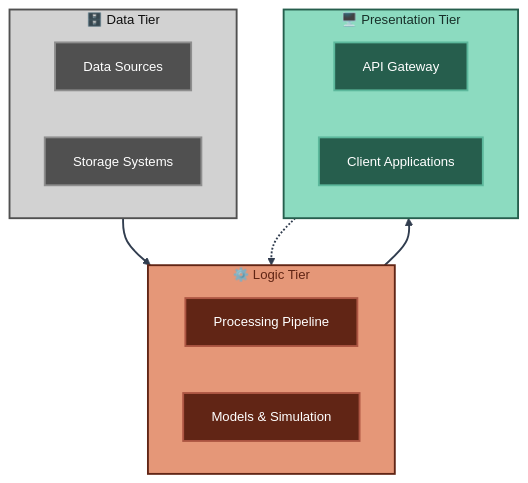
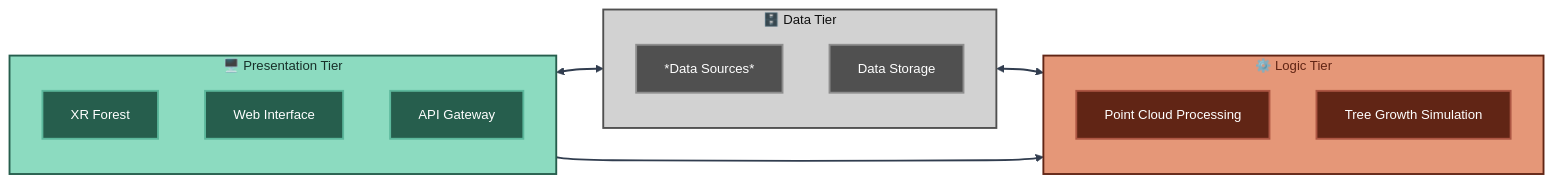
Before and after one commit to XRFutureForests/digital-twin-db: the first of 4 diagrams in docs/architecture/architecture.md, drawn with Mermaid. The commit also changed other lines of this file, not shown here.

Commit message:
simplifies architecture

````diff
--- a/docs/architecture/architecture.md
+++ b/docs/architecture/architecture.md
@@ -9,49 +5,50 @@
 ```mermaid
 %%{
 init: {
 'theme': 'base',
 'themeVariables': {
 'fontSize': '14px',
-'secondaryColor': '#8e8e8e'
+'secondaryColor': '#d2d2d2'
 }
 }
 }%%
-flowchart TB
+flowchart LR
 subgraph DATA["🗄️ Data Tier"]
-D1[Data Sources]
-D2[Storage Systems]
+D1[*Data Sources*]
+D2[Data Storage]
 end
 
 subgraph LOGIC["⚙️ Logic Tier"]
-L1[Processing Pipeline]
-L2[Models & Simulation]
+L1[Point Cloud Processing]
+L2[Tree Growth Simulation]
 end
 
 subgraph PRESENTATION["🖥️ Presentation Tier"]
+P2[XR Forest]
+P3[Web Interface]
 P1[API Gateway]
-P2[Client Applications]
 end
 
-DATA --> LOGIC
-LOGIC --> PRESENTATION
-PRESENTATION -.-> LOGIC
+DATA <--> LOGIC
+PRESENTATION --> LOGIC
+PRESENTATION <--> DATA
 
 %% Subgraph styling - light colors
 classDef dataTier fill:#d2d2d2,stroke:#505050,stroke-width:2px,color:#0f0f0f
 classDef logicTier fill:#e59778,stroke:#612515,stroke-width:2px,color:#612515
 classDef presentationTier fill:#8cdbc0,stroke:#265e4d,stroke-width:2px,color:#183029
 
 %% Node styling - darkest colors
 classDef dataNode fill:#505050,stroke:#8e8e8e,stroke-width:2px,color:#ffffff
 classDef logicNode fill:#612515,stroke:#ad5643,stroke-width:2px,color:#ffffff
 classDef presentationNode fill:#265e4d,stroke:#5cb89c,stroke-width:2px,color:#ffffff
 
 class DATA dataTier
 class D1,D2 dataNode
 class LOGIC logicTier
 class L1,L2 logicNode
 class PRESENTATION presentationTier
-class P1,P2 presentationNode
+class P1,P2,P3 presentationNode
 
 linkStyle 0,1,2 stroke:#313d4f,stroke-width:2px
 ```
````
